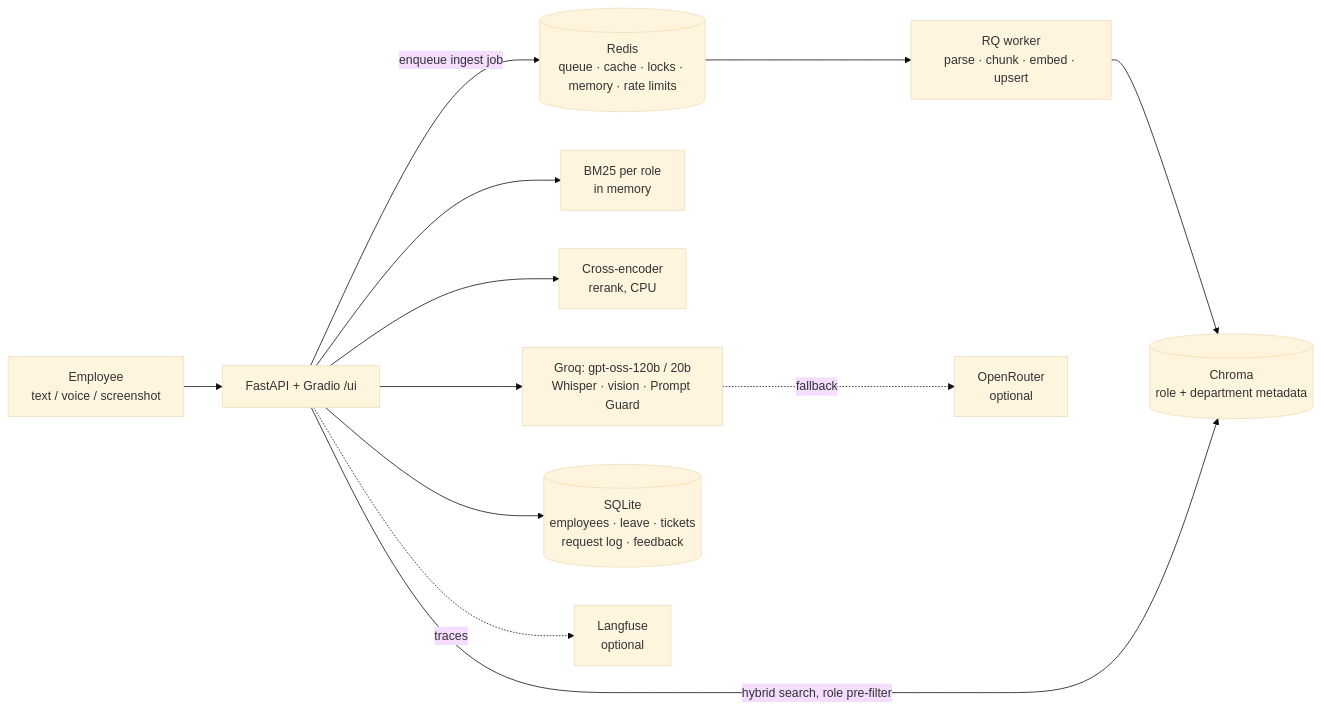
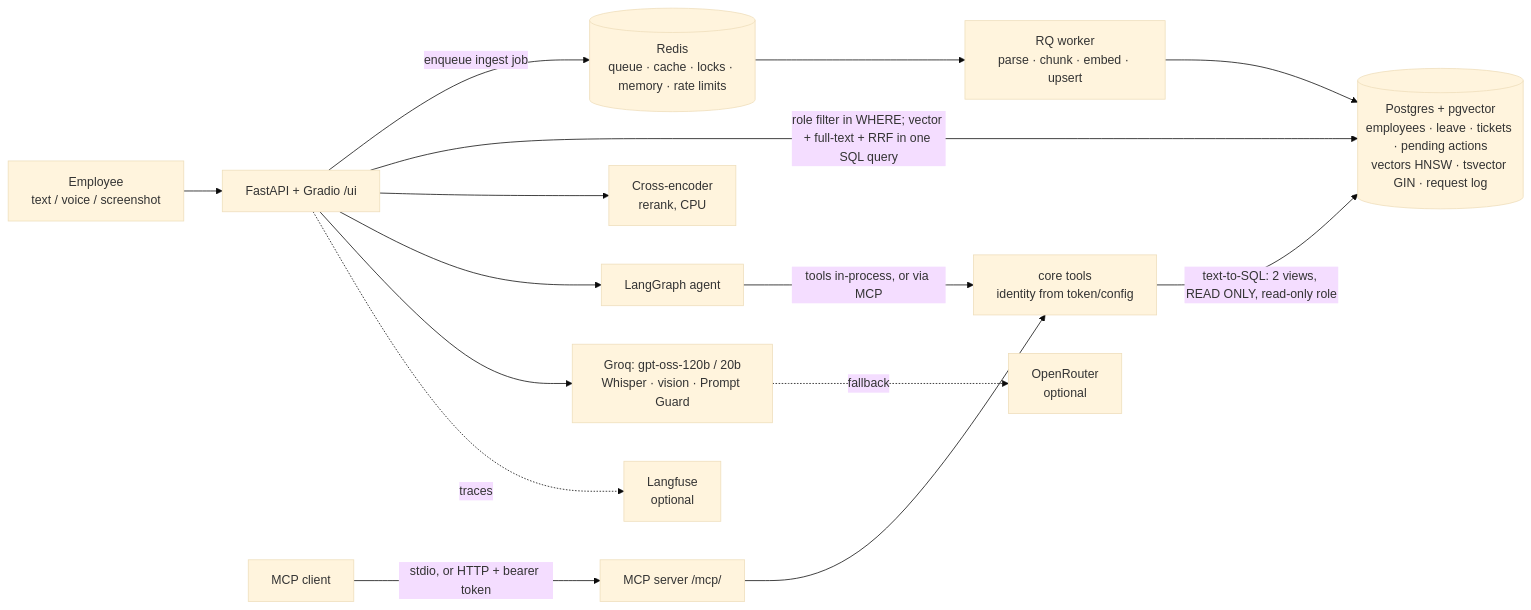
One commit to ashayatd/OrbitDesk changed the first of 4 diagrams in docs/ARCHITECTURE.md. Above: the diagram before and after it, drawn with Mermaid (base theme). The commit also changed other lines of this file and 12 other files, not shown here.

First line of the commit message:
docs(phase8b): README MCP + Postgres sections, DECISIONS (frameworks, Postgres, text-to-SQL, MCP), ARCHITECTURE, second-JD interview map

````diff
--- a/docs/ARCHITECTURE.md
+++ b/docs/ARCHITECTURE.md
@@ -7,14 +9,17 @@
 ```mermaid
 flowchart LR
     U[Employee<br/>text / voice / screenshot] --> API[FastAPI + Gradio /ui]
+    MC[MCP client] -->|stdio, or HTTP + bearer token| MCP[MCP server /mcp/]
+    MCP --> CT[core tools<br/>identity from token/config]
     API -->|enqueue ingest job| Q[(Redis<br/>queue · cache · locks · memory · rate limits)]
     Q --> W[RQ worker<br/>parse · chunk · embed · upsert]
-    W --> V[(Chroma<br/>role + department metadata)]
-    API -->|hybrid search, role pre-filter| V
-    API --> BM[BM25 per role<br/>in memory]
+    W --> PG[(Postgres + pgvector<br/>employees · leave · tickets · pending actions<br/>vectors HNSW · tsvector GIN · request log)]
+    API -->|role filter in WHERE; vector + full-text + RRF in one SQL query| PG
     API --> CE[Cross-encoder<br/>rerank, CPU]
+    API --> AG[LangGraph agent]
+    AG -->|tools in-process, or via MCP| CT
+    CT -->|text-to-SQL: 2 views, READ ONLY, read-only role| PG
     API --> LLM[Groq: gpt-oss-120b / 20b<br/>Whisper · vision · Prompt Guard]
     LLM -. fallback .-> OR[OpenRouter<br/>optional]
-    API --> DB[(SQLite<br/>employees · leave · tickets<br/>request log · feedback)]
     API -. traces .-> LF[Langfuse<br/>optional]
 ```
````
